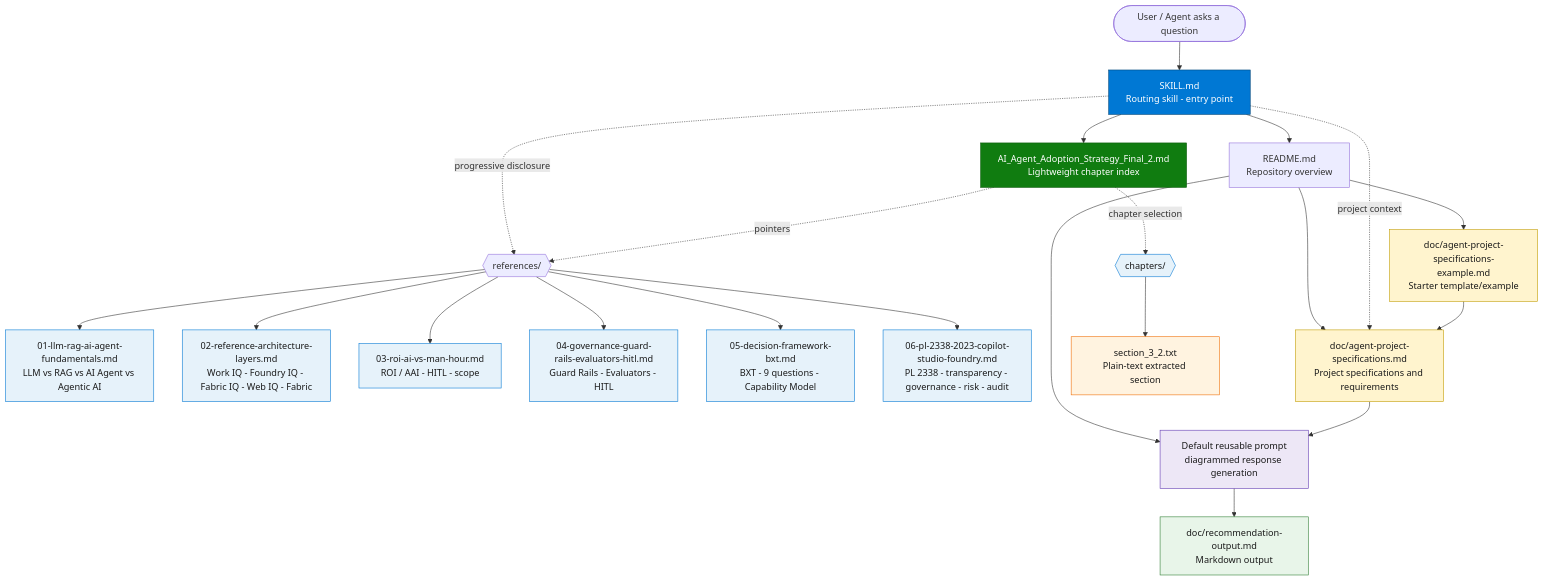
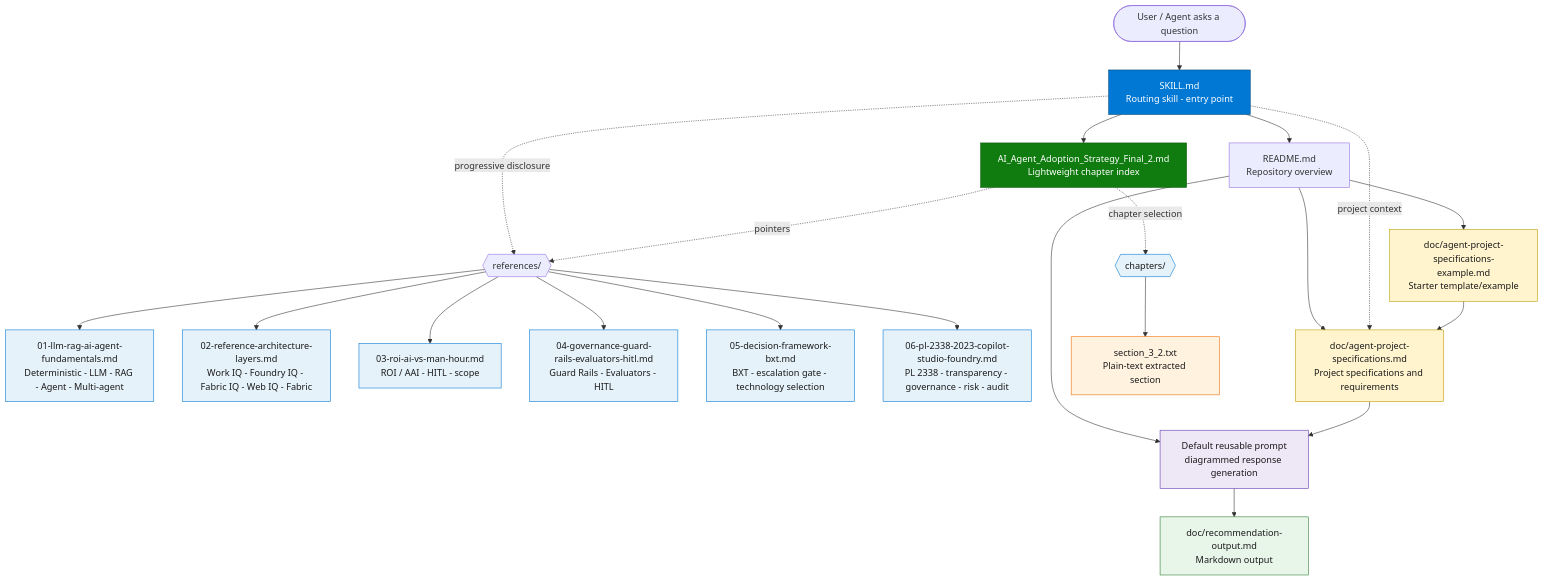
The second of 3 diagrams in README.md (fabioharams/hubsp-ai-skill), drawn with Mermaid before and after one commit. The commit also changed other lines of this file and 7 other files, not shown here.

````diff
--- a/README.md
+++ b/README.md
@@ -45,41 +76,41 @@
 ```mermaid
 graph TD
     USER([User / Agent asks a question]) --> SKILL[SKILL.md<br/>Routing skill - entry point]
    SKILL --> CANON[AI_Agent_Adoption_Strategy_Final_2.md<br/>Lightweight chapter index]
 
     SKILL -. progressive disclosure .-> REF{{references/}}
     CANON -. pointers .-> REF
    CANON -. chapter selection .-> CHAPTERS{{chapters/}}
 
-      REF --> R1[01-llm-rag-ai-agent-fundamentals.md<br/>LLM vs RAG vs AI Agent vs Agentic AI]
+      REF --> R1[01-llm-rag-ai-agent-fundamentals.md<br/>Deterministic - LLM - RAG - Agent - Multi-agent]
       REF --> R2[02-reference-architecture-layers.md<br/>Work IQ - Foundry IQ - Fabric IQ - Web IQ - Fabric]
       REF --> R3[03-roi-ai-vs-man-hour.md<br/>ROI / AAI - HITL - scope]
       REF --> R4[04-governance-guard-rails-evaluators-hitl.md<br/>Guard Rails - Evaluators - HITL]
-      REF --> R5[05-decision-framework-bxt.md<br/>BXT - 9 questions - Capability Model]
+      REF --> R5[05-decision-framework-bxt.md<br/>BXT - escalation gate - technology selection]
       REF --> R6[06-pl-2338-2023-copilot-studio-foundry.md<br/>PL 2338 - transparency - governance - risk - audit]
 
     SKILL --> README[README.md<br/>Repository overview]
    README --> DOC[doc/agent-project-specifications.md<br/>Project specifications and requirements]
    README --> DOCEX[doc/agent-project-specifications-example.md<br/>Starter template/example]
    SKILL -. project context .-> DOC
    DOCEX --> DOC
    README --> PROMPT[Default reusable prompt<br/>diagrammed response generation]
    DOC --> PROMPT
    PROMPT --> OUTMD[doc/recommendation-output.md<br/>Markdown output]
    CHAPTERS --> TXT[section_3_2.txt<br/>Plain-text extracted section]
 
     classDef entry fill:#0078D4,stroke:#004578,color:#fff;
     classDef canon fill:#107C10,stroke:#0B5A0B,color:#fff;
     classDef ref fill:#E6F2FA,stroke:#0078D4,color:#1a1a1a;
    classDef doc fill:#FFF4CE,stroke:#C19C00,color:#1a1a1a;
    classDef prompt fill:#EDE7F6,stroke:#5E35B1,color:#1a1a1a;
    classDef output fill:#E8F5E9,stroke:#2E7D32,color:#1a1a1a;
    classDef artifact fill:#FFF3E0,stroke:#EF6C00,color:#1a1a1a;
     class SKILL entry;
     class CANON canon;
    class R1,R2,R3,R4,R5,R6,CHAPTERS ref;
    class DOC,DOCEX doc;
    class PROMPT prompt;
    class OUTMD output;
    class TXT artifact;
 ```
````
